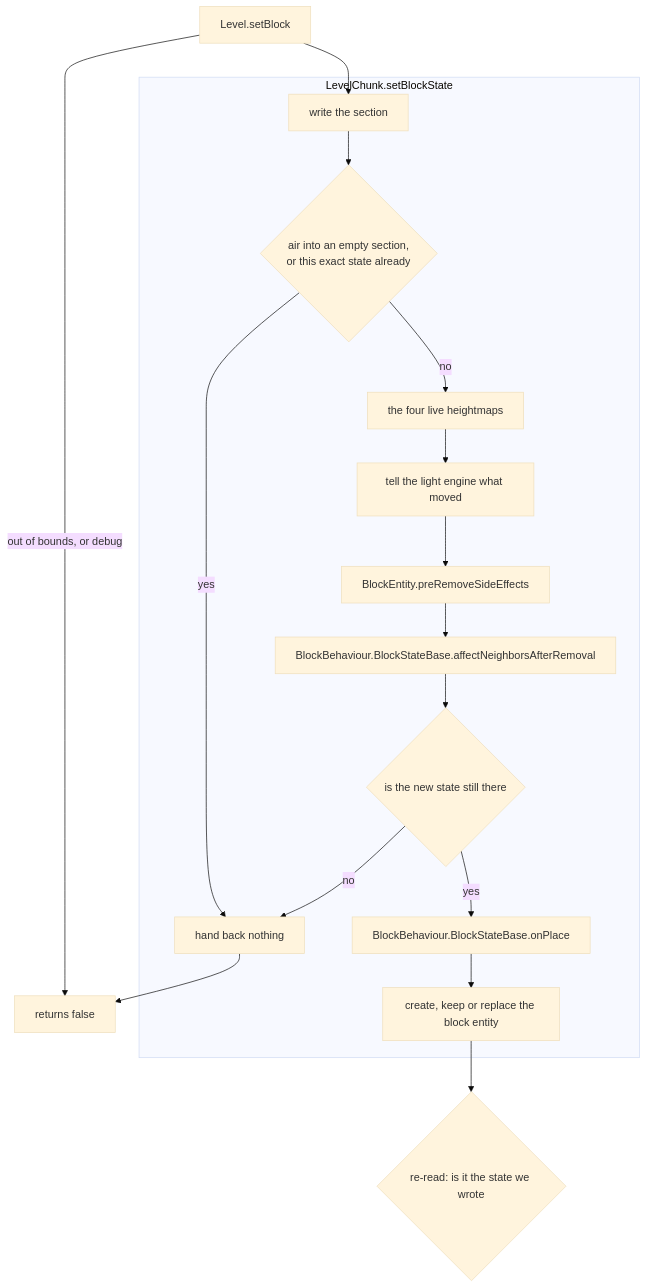
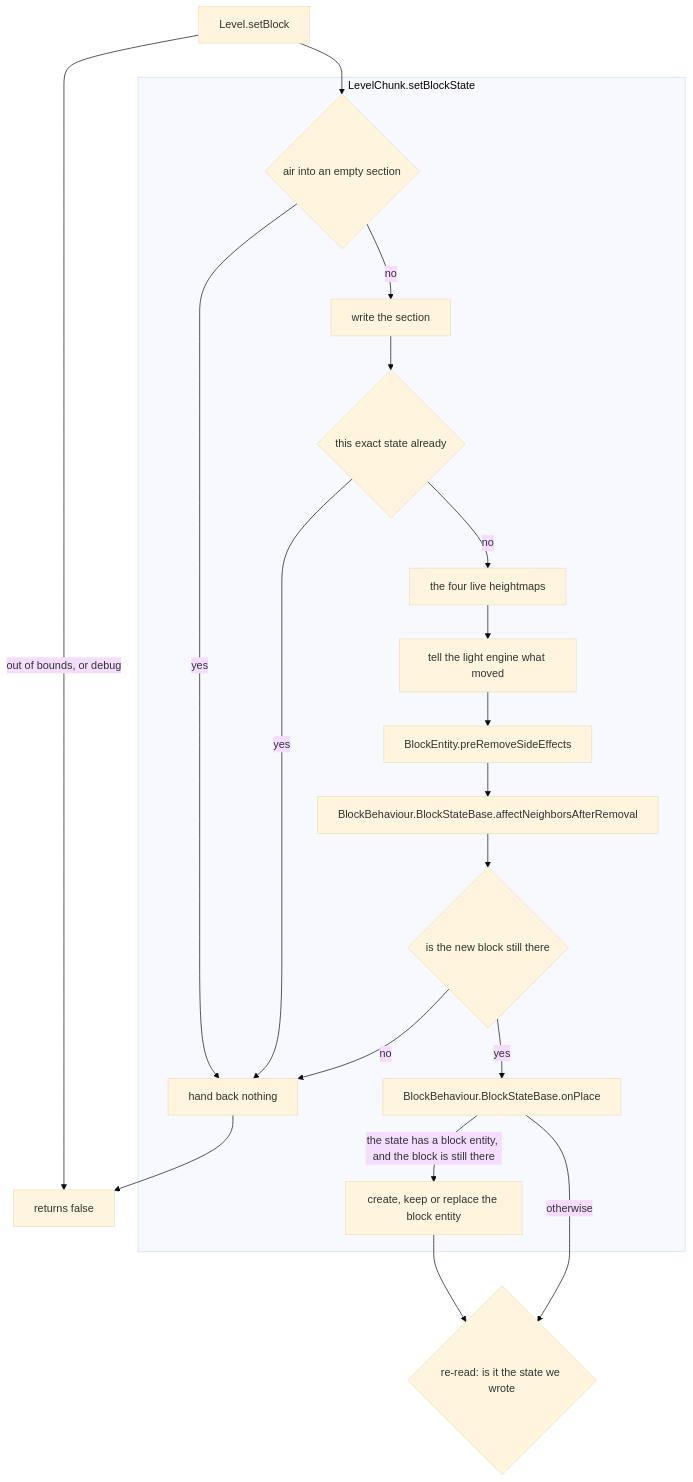
Before and after one commit to AlexanderjFraser/MinecraftDocs: the second of 3 diagrams in src/systems/blocks/blocks-and-states.md, drawn with Mermaid (base theme). The commit also changed other lines of this file and 21 other files, not shown here.

````diff
--- a/src/systems/blocks/blocks-and-states.md
+++ b/src/systems/blocks/blocks-and-states.md
@@ -307,28 +316,32 @@
 ```mermaid
 flowchart TD
     IN["Level.setBlock"]
     IN -- "out of bounds, or debug" --> FALSE["returns false"]
-    IN --> SEC
+    IN --> EMPTY
 
     subgraph CHUNK["LevelChunk.setBlockState"]
+        EMPTY{"air into an empty section"}
         SEC["write the section"]
-        NOOP{"air into an empty section,<br/>or this exact state already"}
+        NOOP{"this exact state already"}
         HM["the four live heightmaps"]
         LIGHT["tell the light engine what moved"]
         PRE["BlockEntity.preRemoveSideEffects"]:::server
         AFT["BlockBehaviour.BlockStateBase.affectNeighborsAfterRemoval"]:::server
-        GUARD{"is the new state still there"}
+        GUARD{"is the new block still there"}
         ONP["BlockBehaviour.BlockStateBase.onPlace"]:::server
         BE["create, keep or replace the block entity"]
         NOTHING["hand back nothing"]
-        SEC --> NOOP
+        EMPTY -- "yes" --> NOTHING
+        EMPTY -- "no" --> SEC --> NOOP
         NOOP -- "yes" --> NOTHING
         NOOP -- "no" --> HM
         HM --> LIGHT --> PRE --> AFT --> GUARD
         GUARD -- "no" --> NOTHING
-        GUARD -- "yes" --> ONP --> BE
+        GUARD -- "yes" --> ONP
+        ONP -- "the state has a block entity, and the block is still there" --> BE
     end
 
     NOTHING --> FALSE
     BE --> READ{"re-read: is it the state we wrote"}
+    ONP -- "otherwise" --> READ
 ```
````
